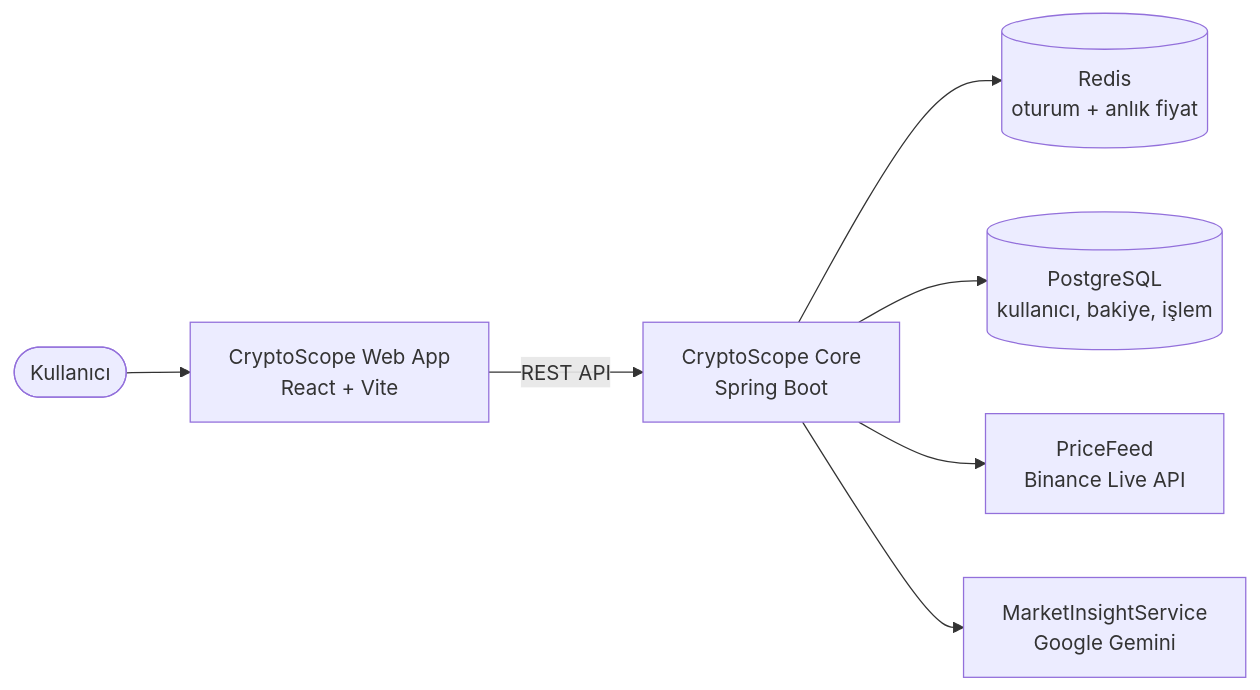
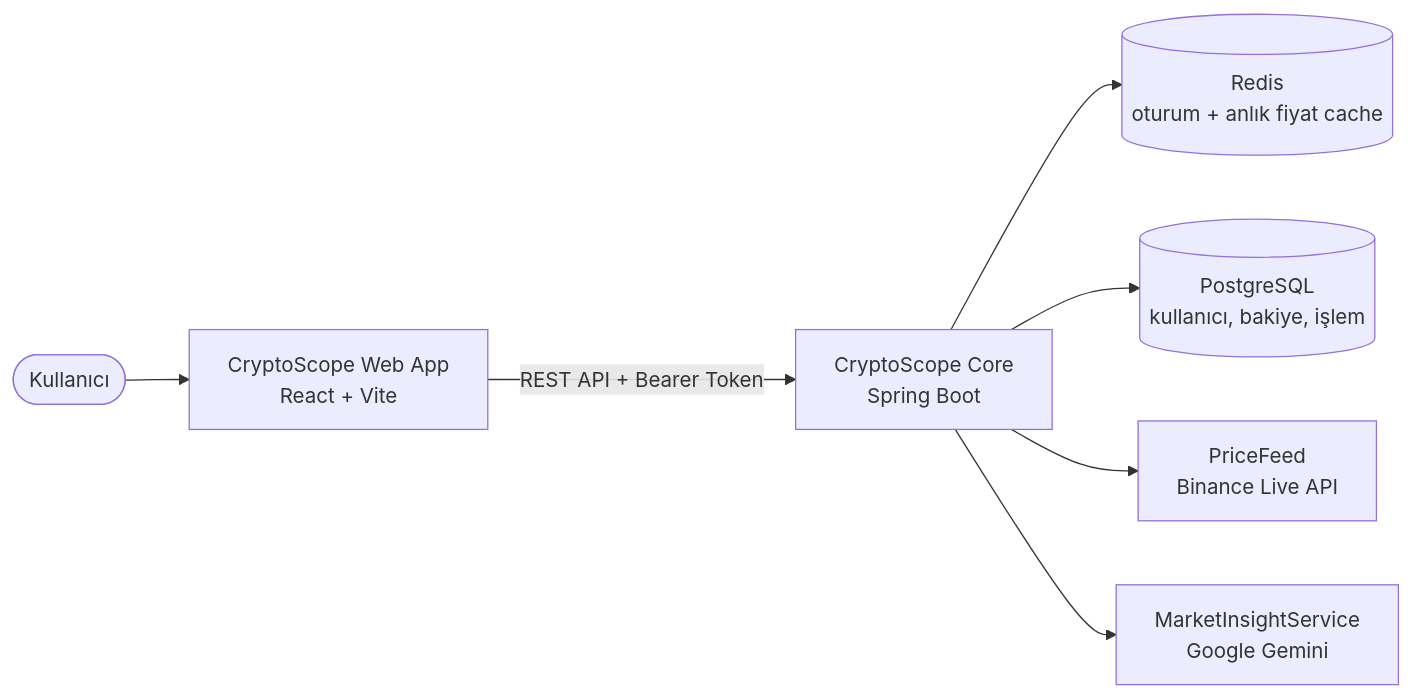
One commit to kutayxcool/i2i-Academy-CryptoPal-CryptoScope-1 changed the first of 2 diagrams in README.md. Above: the diagram before and after it, drawn with Mermaid. The commit also changed other lines of this file, not shown here.

Commit message:
Overhaul README: features, coin list, endpoint table, updated ER diagram

````diff
--- a/README.md
+++ b/README.md
@@ -7,9 +46,9 @@
 ```mermaid
 flowchart LR
     User([Kullanıcı]) --> WebApp[CryptoScope Web App<br/>React + Vite]
-    WebApp -->|REST API| Core[CryptoScope Core<br/>Spring Boot]
-    Core --> Redis[(Redis<br/>oturum + anlık fiyat)]
+    WebApp -->|REST API + Bearer Token| Core[CryptoScope Core<br/>Spring Boot]
+    Core --> Redis[(Redis<br/>oturum + anlık fiyat cache)]
     Core --> Postgres[(PostgreSQL<br/>kullanıcı, bakiye, işlem)]
     Core --> PriceFeed[PriceFeed<br/>Binance Live API]
     Core --> AI[MarketInsightService<br/>Google Gemini]
 ```
````
